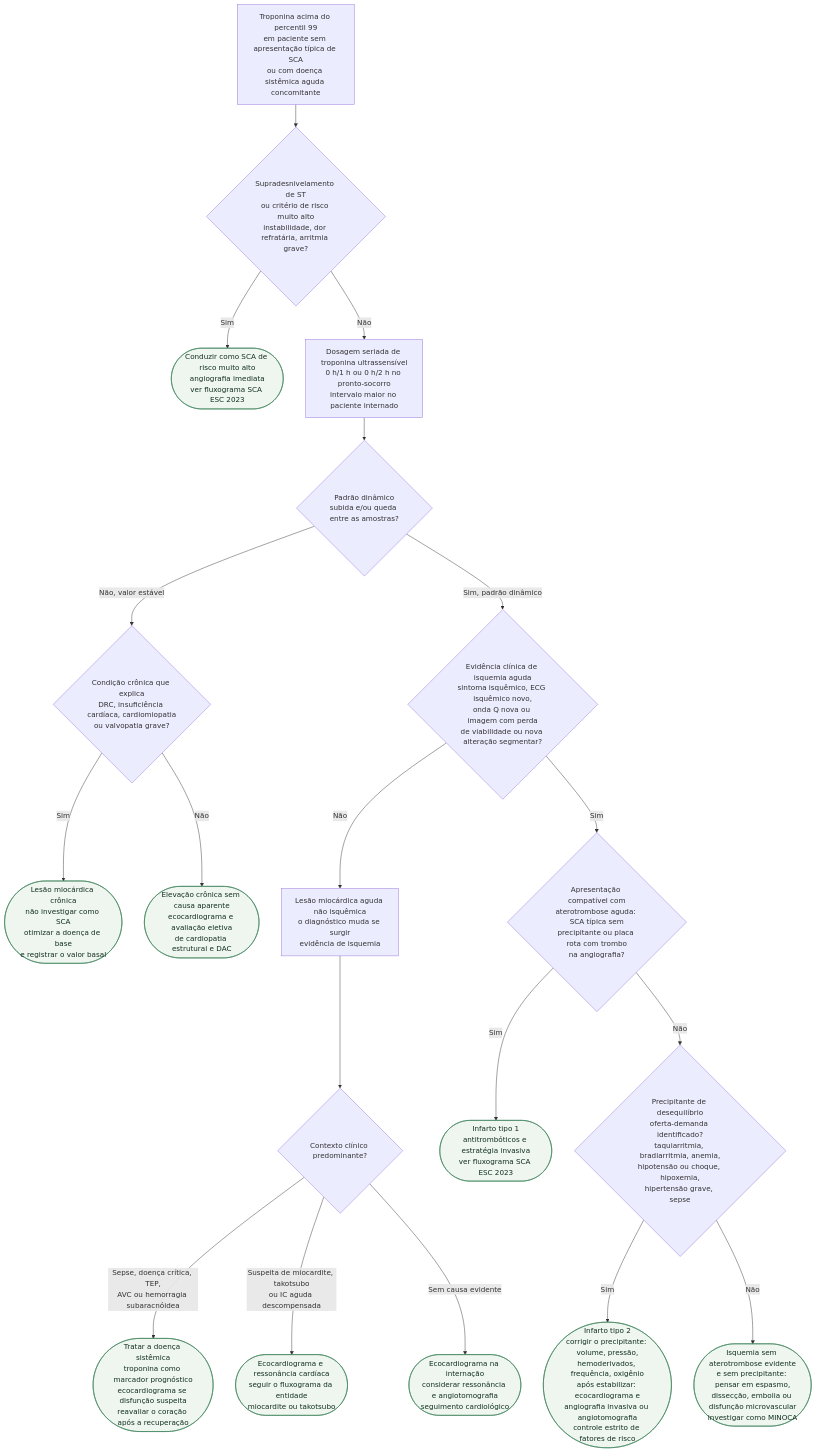
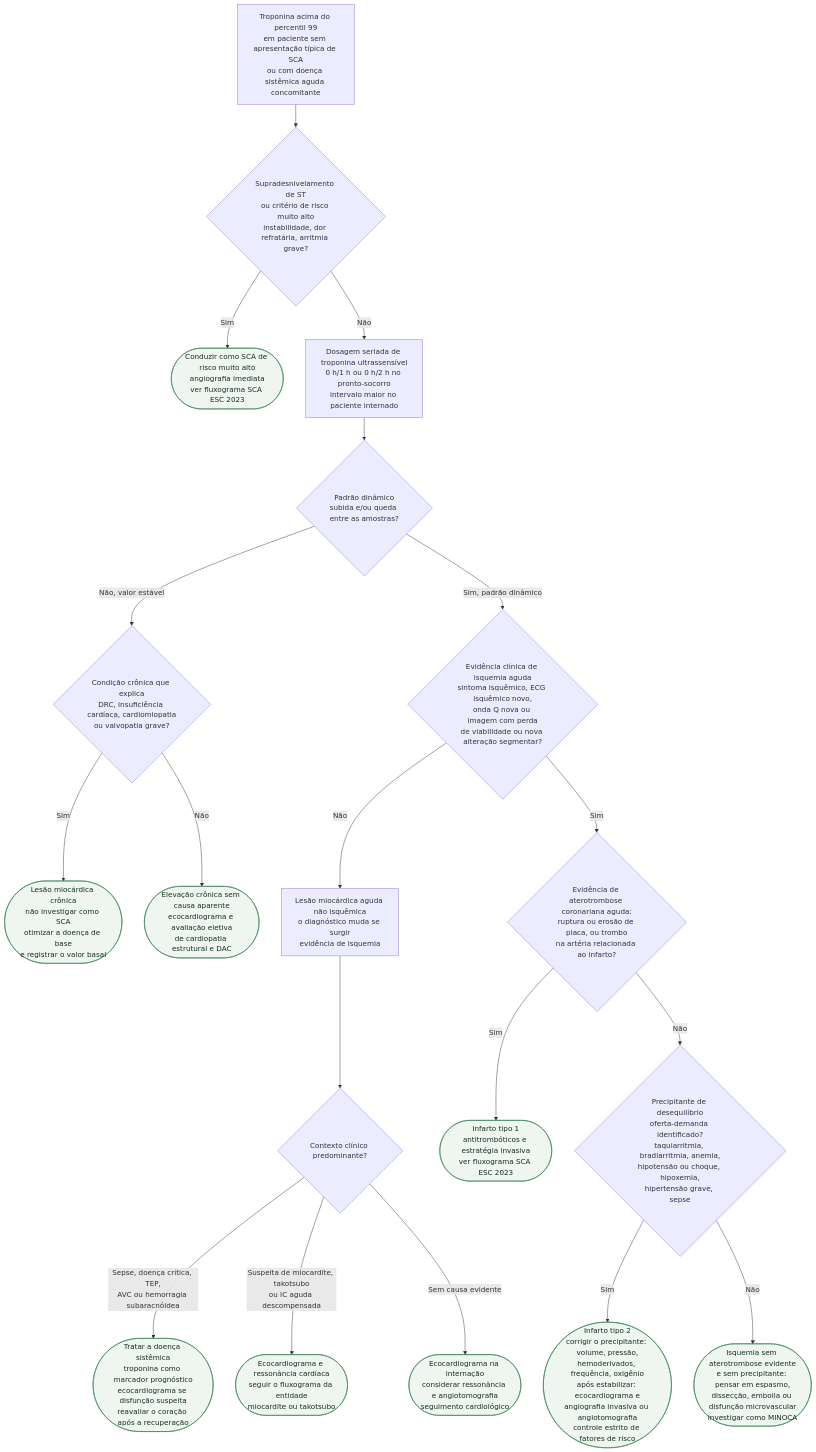
One commit to rafaelpaesmeirelles/MeuCardio changed the diagram in content/Doença_coronariana/fluxograma-elevacao-de-troponina-sem-sca-lesao-miocardica-e-infarto-tipo-2.md. Above: the diagram before and after it, drawn with Mermaid. The commit also changed other lines of this file and 24 other files, not shown here.

````diff
--- a/content/Doença_coronariana/fluxograma-elevacao-de-troponina-sem-sca-lesao-miocardica-e-infarto-tipo-2.md
+++ b/content/Doença_coronariana/fluxograma-elevacao-de-troponina-sem-sca-lesao-miocardica-e-infarto-tipo-2.md
@@ -22,30 +22,30 @@
 ```mermaid
 flowchart TD
   R0["Troponina acima do percentil 99<br/>em paciente sem apresentação típica de SCA<br/>ou com doença sistêmica aguda concomitante"] --> D1{"Supradesnivelamento de ST<br/>ou critério de risco muito alto<br/>instabilidade, dor refratária, arritmia grave?"}
 
   D1 -->|"Sim"| C1(["Conduzir como SCA de risco muito alto<br/>angiografia imediata<br/>ver fluxograma SCA ESC 2023"])
   D1 -->|"Não"| P1["Dosagem seriada de troponina ultrassensível<br/>0 h/1 h ou 0 h/2 h no pronto-socorro<br/>intervalo maior no paciente internado"]
 
   P1 --> D2{"Padrão dinâmico<br/>subida e/ou queda entre as amostras?"}
 
   D2 -->|"Não, valor estável"| D3{"Condição crônica que explica<br/>DRC, insuficiência cardíaca, cardiomiopatia<br/>ou valvopatia grave?"}
   D3 -->|"Sim"| C2(["Lesão miocárdica crônica<br/>não investigar como SCA<br/>otimizar a doença de base<br/>e registrar o valor basal"])
   D3 -->|"Não"| C3(["Elevação crônica sem causa aparente<br/>ecocardiograma e avaliação eletiva<br/>de cardiopatia estrutural e DAC"])
 
   D2 -->|"Sim, padrão dinâmico"| D4{"Evidência clínica de isquemia aguda<br/>sintoma isquêmico, ECG isquêmico novo,<br/>onda Q nova ou imagem com perda<br/>de viabilidade ou nova alteração segmentar?"}
 
   D4 -->|"Não"| P2["Lesão miocárdica aguda não isquêmica<br/>o diagnóstico muda se surgir<br/>evidência de isquemia"]
   P2 --> D5{"Contexto clínico predominante?"}
   D5 -->|"Sepse, doença crítica, TEP,<br/>AVC ou hemorragia subaracnóidea"| C4(["Tratar a doença sistêmica<br/>troponina como marcador prognóstico<br/>ecocardiograma se disfunção suspeita<br/>reavaliar o coração após a recuperação"])
   D5 -->|"Suspeita de miocardite, takotsubo<br/>ou IC aguda descompensada"| C5(["Ecocardiograma e ressonância cardíaca<br/>seguir o fluxograma da entidade<br/>miocardite ou takotsubo"])
   D5 -->|"Sem causa evidente"| C6(["Ecocardiograma na internação<br/>considerar ressonância e angiotomografia<br/>seguimento cardiológico"])
 
-  D4 -->|"Sim"| D6{"Apresentação compatível com<br/>aterotrombose aguda: SCA típica sem<br/>precipitante ou placa rota com trombo<br/>na angiografia?"}
+  D4 -->|"Sim"| D6{"Evidência de aterotrombose coronariana aguda:<br/>ruptura ou erosão de placa, ou trombo<br/>na artéria relacionada ao infarto?"}
   D6 -->|"Sim"| C7(["Infarto tipo 1<br/>antitrombóticos e estratégia invasiva<br/>ver fluxograma SCA ESC 2023"])
   D6 -->|"Não"| D7{"Precipitante de desequilíbrio<br/>oferta-demanda identificado?<br/>taquiarritmia, bradiarritmia, anemia,<br/>hipotensão ou choque, hipoxemia,<br/>hipertensão grave, sepse"}
   D7 -->|"Sim"| C8(["Infarto tipo 2<br/>corrigir o precipitante: volume, pressão,<br/>hemoderivados, frequência, oxigênio<br/>após estabilizar: ecocardiograma e<br/>angiografia invasiva ou angiotomografia<br/>controle estrito de fatores de risco"])
   D7 -->|"Não"| C9(["Isquemia sem aterotrombose evidente<br/>e sem precipitante: pensar em espasmo,<br/>dissecção, embolia ou disfunção microvascular<br/>investigar como MINOCA"])
 
   classDef conduta fill:#eef6ef,stroke:#2f7a4f,color:#12301f;
   class C1,C2,C3,C4,C5,C6,C7,C8,C9 conduta;
 ```
````
